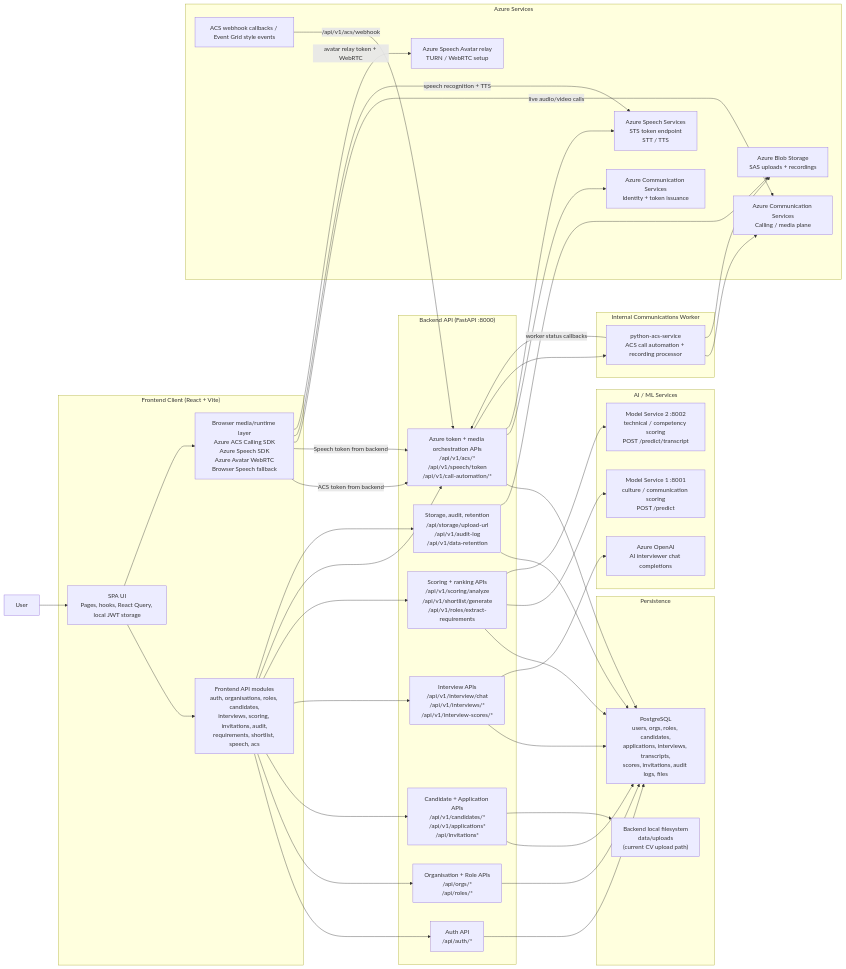
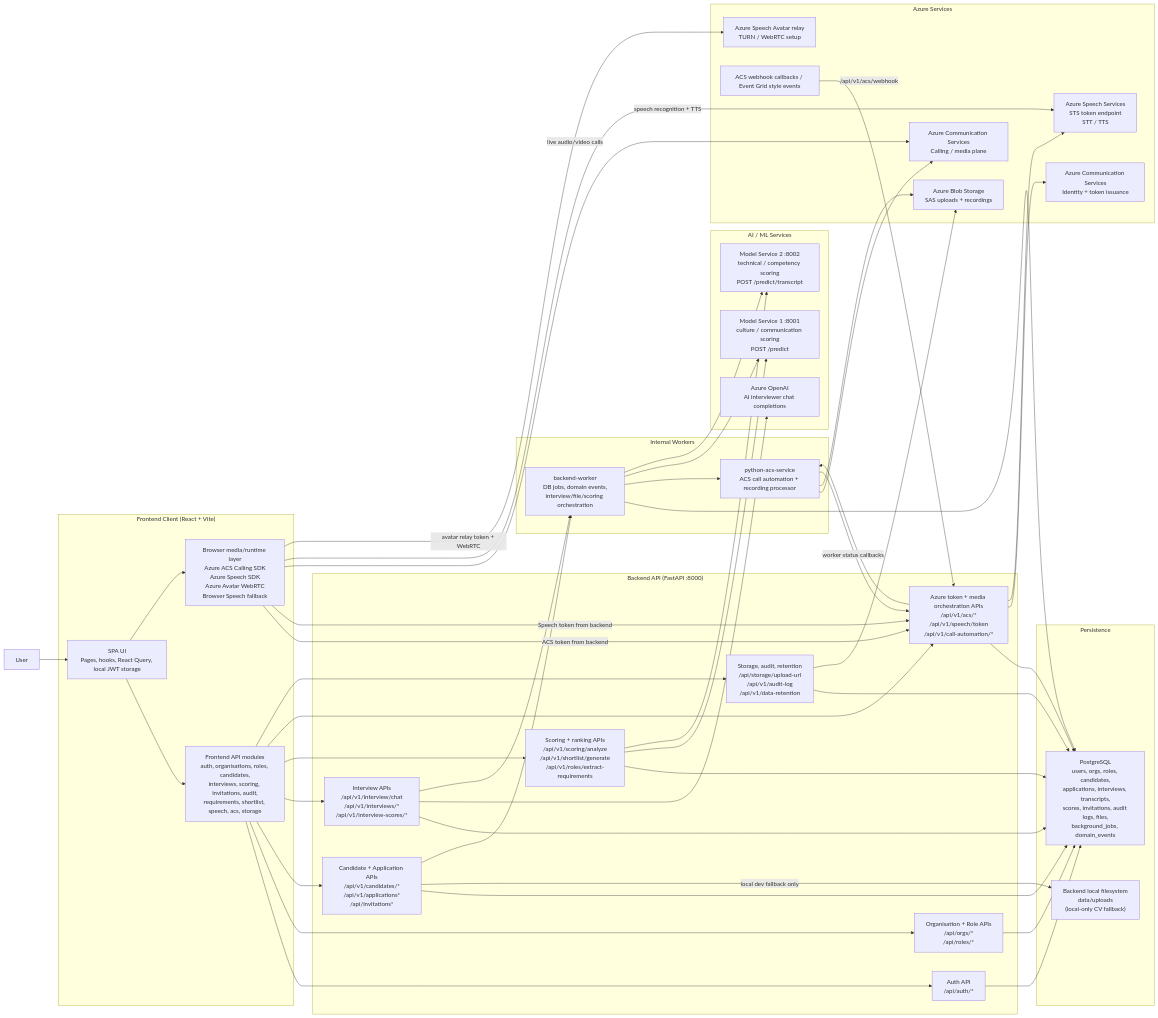
One commit to dcava30/Talenti_MVP changed the first of 3 diagrams in documentation/ARCHITECTURE_DIAGRAM.md. Above: the diagram before and after it, drawn with Mermaid. The commit also changed other lines of this file and 14 other files, not shown here.

```diff
--- a/documentation/ARCHITECTURE_DIAGRAM.md
+++ b/documentation/ARCHITECTURE_DIAGRAM.md
@@ -16,7 +16,7 @@
 
     subgraph client["Frontend Client (React + Vite)"]
         web["SPA UI<br/>Pages, hooks, React Query, local JWT storage"]
-        api["Frontend API modules<br/>auth, organisations, roles, candidates,<br/>interviews, scoring, invitations, audit,<br/>requirements, shortlist, speech, acs"]
+        api["Frontend API modules<br/>auth, organisations, roles, candidates,<br/>interviews, scoring, invitations, audit,<br/>requirements, shortlist, speech, acs, storage"]
         browser_media["Browser media/runtime layer<br/>Azure ACS Calling SDK<br/>Azure Speech SDK<br/>Azure Avatar WebRTC<br/>Browser Speech fallback"]
     end
 
@@ -31,8 +31,8 @@
     end
 
     subgraph data["Persistence"]
-        pg["PostgreSQL<br/>users, orgs, roles, candidates,<br/>applications, interviews, transcripts,<br/>scores, invitations, audit logs, files"]
-        localfs["Backend local filesystem<br/>data/uploads<br/>(current CV upload path)"]
+        pg["PostgreSQL<br/>users, orgs, roles, candidates,<br/>applications, interviews, transcripts,<br/>scores, invitations, audit logs, files,<br/>background_jobs, domain_events"]
+        localfs["Backend local filesystem<br/>data/uploads<br/>(local-only CV fallback)"]
     end
 
     subgraph ml["AI / ML Services"]
@@ -41,7 +41,8 @@
         model2["Model Service 2 :8002<br/>technical / competency scoring<br/>POST /predict/transcript"]
     end
 
-    subgraph worker["Internal Communications Worker"]
+    subgraph worker["Internal Workers"]
+        backend_worker["backend-worker<br/>DB jobs, domain events,<br/>interview/file/scoring orchestration"]
         acs_worker["python-acs-service<br/>ACS call automation + recording processor"]
     end
 
@@ -74,12 +75,19 @@
     media --> pg
     storage --> pg
 
-    candidate --> localfs
+    candidate -->|local dev fallback only| localfs
     storage --> blob
 
     interview --> openai
     scoring --> model1
     scoring --> model2
+
+    interview --> backend_worker
+    candidate --> backend_worker
+    backend_worker --> pg
+    backend_worker --> acs_worker
+    backend_worker --> model1
+    backend_worker --> model2
 
     media --> acs_identity
     media --> speech
```
